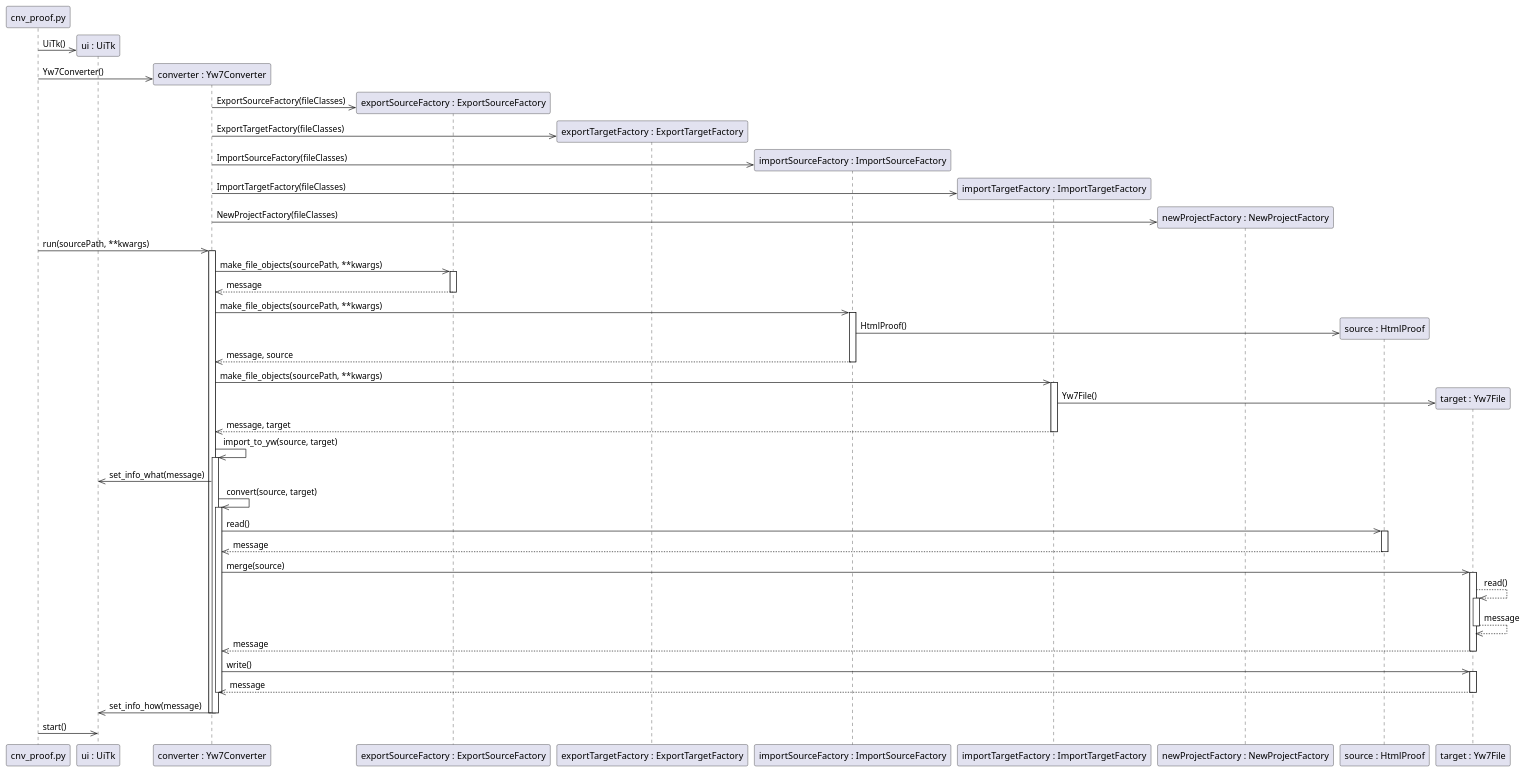
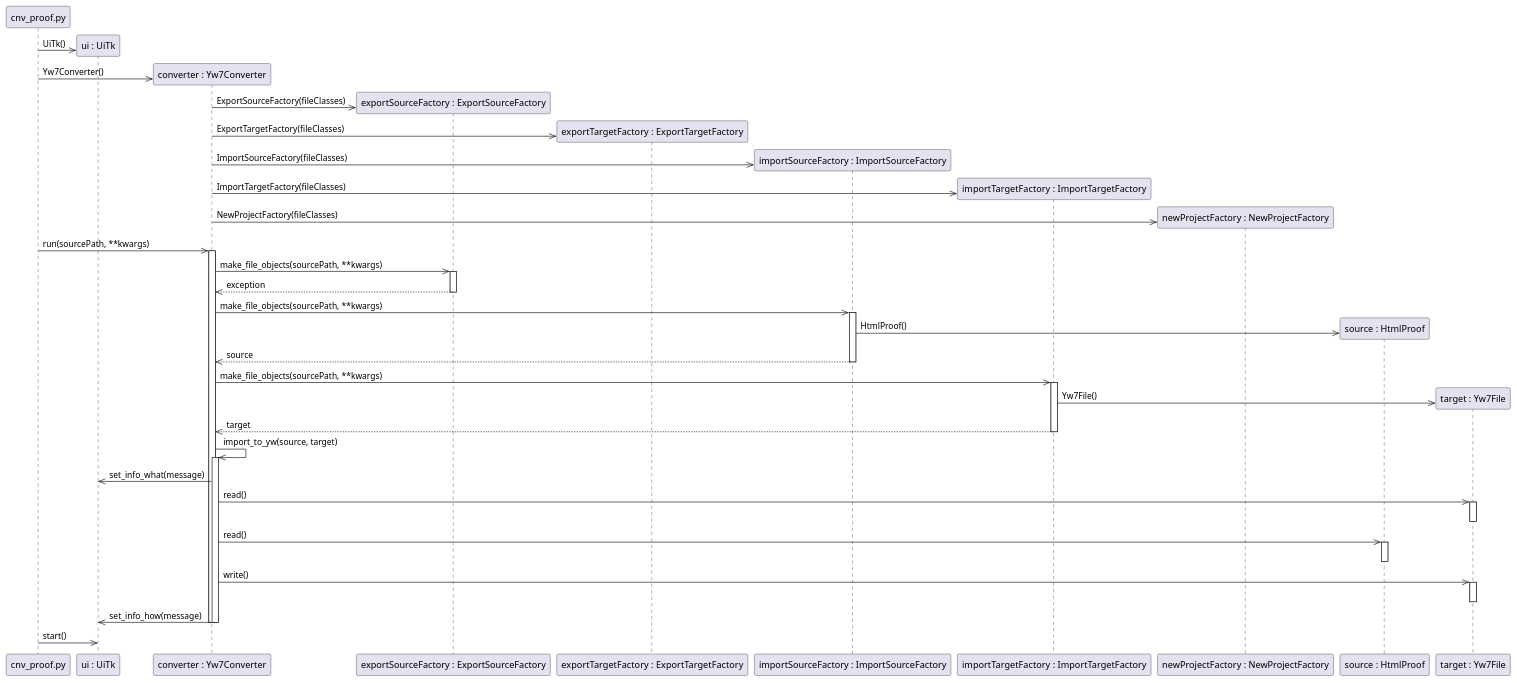
Before and after one commit to peter88213/PyWriter: the diagram in docs/puml/sd_import_proof_to_yw.puml, drawn with PlantUML. The commit also changed 3 other files, not shown here.

```diff
--- a/docs/puml/sd_import_proof_to_yw.puml
+++ b/docs/puml/sd_import_proof_to_yw.puml
@@ -1,81 +1,71 @@
 @startuml
 create cnv_proof.py as script
 
 create "ui : UiTk"
 script ->> "ui : UiTk" : UiTk()
 
 create "converter : Yw7Converter" as converter 
 script ->> converter : Yw7Converter()
 
 create "exportSourceFactory : ExportSourceFactory" as exportSourceFactory
 converter ->> exportSourceFactory : ExportSourceFactory(fileClasses)
 
 create "exportTargetFactory : ExportTargetFactory" as exportTargetFactory 
 converter ->> exportTargetFactory : ExportTargetFactory(fileClasses)
 
 create "importSourceFactory : ImportSourceFactory" as importSourceFactory 
 converter ->> importSourceFactory : ImportSourceFactory(fileClasses)
 
 create "importTargetFactory : ImportTargetFactory" as importTargetFactory 
 converter ->> importTargetFactory : ImportTargetFactory(fileClasses)
 
 create "newProjectFactory : NewProjectFactory" as newProjectFactory 
 converter ->> newProjectFactory : NewProjectFactory(fileClasses)
 
 script ->> converter : run(sourcePath, **kwargs)
 
 activate converter
 converter ->> exportSourceFactory : make_file_objects(sourcePath, **kwargs)
 
 activate exportSourceFactory
-exportSourceFactory -->> converter : message
+exportSourceFactory -->> converter : exception
 deactivate exportSourceFactory
 
 converter ->> importSourceFactory : make_file_objects(sourcePath, **kwargs)
 
 activate importSourceFactory
 create "source : HtmlProof" as source
 importSourceFactory ->> source : HtmlProof()
-importSourceFactory -->> converter : message, source
+importSourceFactory -->> converter : source
 deactivate importSourceFactory
 
 converter ->> importTargetFactory : make_file_objects(sourcePath, **kwargs)
 
 activate importTargetFactory
 create "target : Yw7File" as target
 importTargetFactory ->> target : Yw7File()
-importTargetFactory -->> converter : message, target
+importTargetFactory -->> converter : target
 deactivate importTargetFactory
 
 converter ->> converter : import_to_yw(source, target)
 activate converter
 converter ->> "ui : UiTk" : set_info_what(message)
-converter ->> converter : convert(source, target)
-activate converter
+
+converter ->> target : read()
+activate target
+deactivate target
 
 converter ->> source : read()
 activate source
-source -->> converter : message
 deactivate source
-
-converter ->> target : merge(source)
-activate target
-target -->> target : read()
-activate target
-target -->> target : message
-deactivate target
-target -->>  converter : message
-deactivate target
 
 converter ->> target : write()
 activate target
-target -->>  converter : message
-deactivate converter
 deactivate target
 
 converter ->> "ui : UiTk" : set_info_how(message)
 deactivate converter
 deactivate converter
 
 script ->> "ui : UiTk" : start()
 @enduml
```
